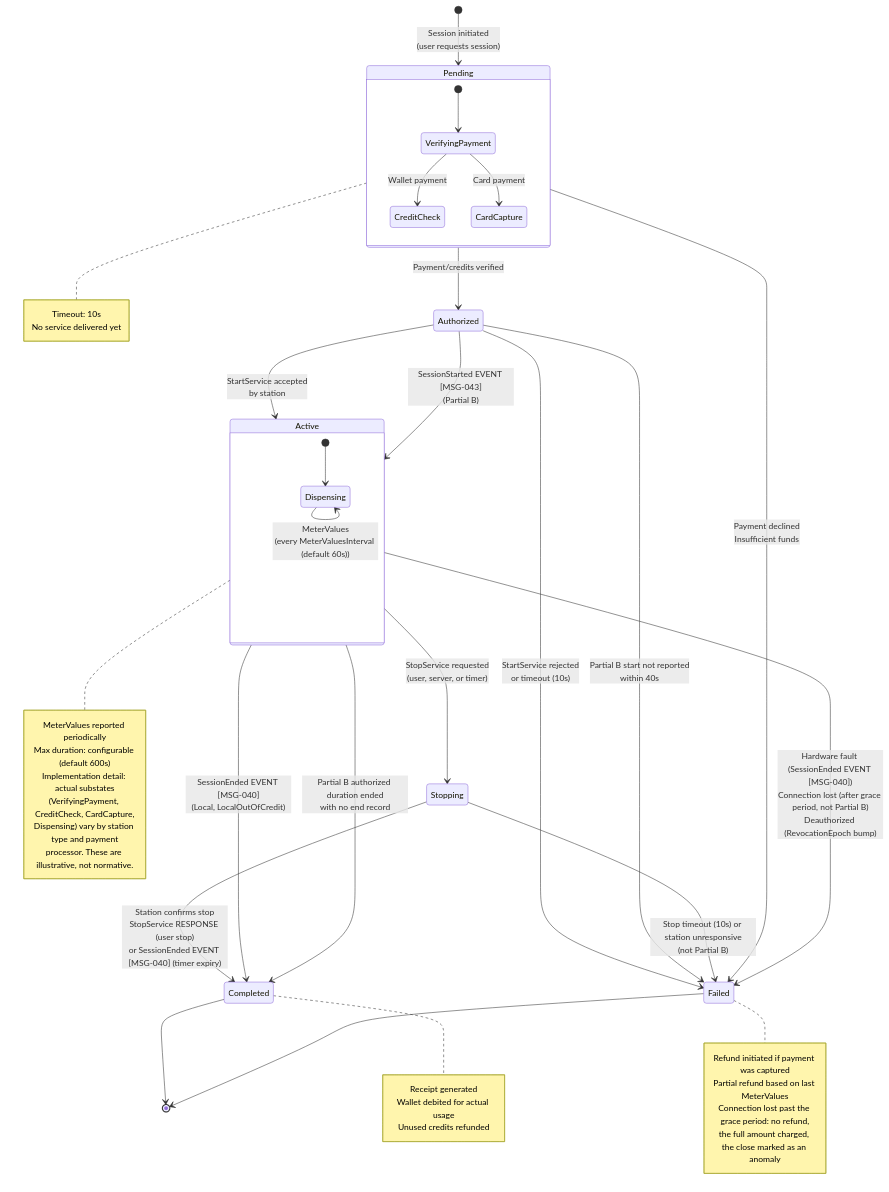
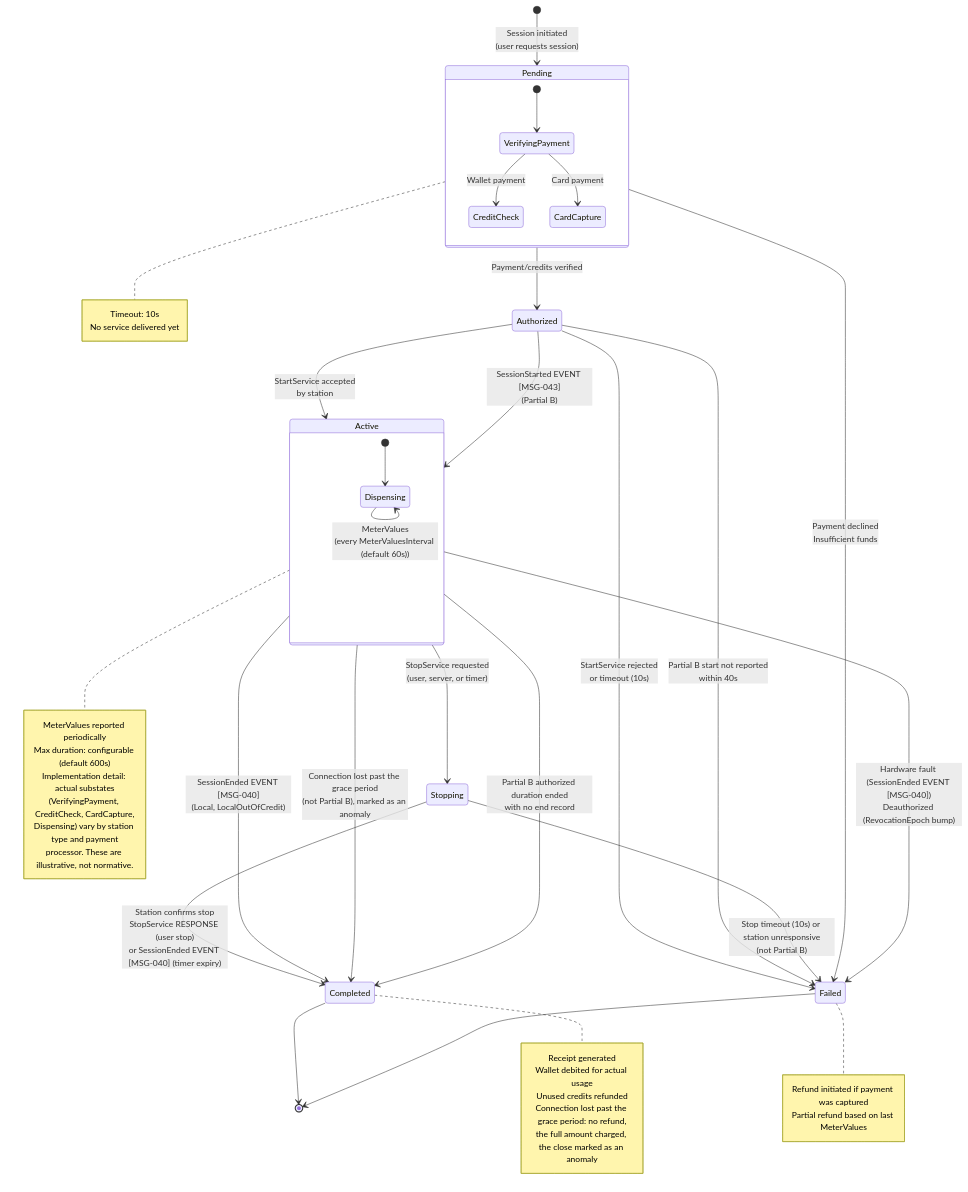
Before and after one commit to ospp-org/spec: the diagram in diagrams/state-machine-session.mmd, drawn with Mermaid. The commit also changed 4 other files, not shown here.

```diff
--- a/diagrams/state-machine-session.mmd
+++ b/diagrams/state-machine-session.mmd
@@ -1,62 +1,63 @@
 %% OSPP Session Lifecycle State Machine
 %% Reference: spec/05-state-machines.md, Section 3
 
 stateDiagram-v2
     [*] --> Pending : Session initiated<br/>(user requests session)
 
     Pending --> Authorized : Payment/credits verified
     Pending --> Failed : Payment declined<br/>Insufficient funds
 
     Authorized --> Active : StartService accepted<br/>by station
     Authorized --> Active : SessionStarted EVENT [MSG-043]<br/>(Partial B)
     Authorized --> Failed : StartService rejected<br/>or timeout (10s)
     Authorized --> Failed : Partial B start not reported<br/>within 40s
 
     Active --> Stopping : StopService requested<br/>(user, server, or timer)
     Active --> Completed : SessionEnded EVENT [MSG-040]<br/>(Local, LocalOutOfCredit)
-    Active --> Failed : Hardware fault (SessionEnded EVENT [MSG-040])<br/>Connection lost (after grace period, not Partial B)<br/>Deauthorized (RevocationEpoch bump)
+    Active --> Failed : Hardware fault (SessionEnded EVENT [MSG-040])<br/>Deauthorized (RevocationEpoch bump)
+    Active --> Completed : Connection lost past the grace period<br/>(not Partial B), marked as an anomaly
     Active --> Completed : Partial B authorized duration ended<br/>with no end record
 
     Stopping --> Completed : Station confirms stop<br/>StopService RESPONSE (user stop)<br/>or SessionEnded EVENT [MSG-040] (timer expiry)
     Stopping --> Failed : Stop timeout (10s) or station unresponsive<br/>(not Partial B)
 
     Completed --> [*]
     Failed --> [*]
 
     state Pending {
         [*] --> VerifyingPayment
         VerifyingPayment --> CreditCheck : Wallet payment
         VerifyingPayment --> CardCapture : Card payment
     }
 
     state Active {
         [*] --> Dispensing
         Dispensing --> Dispensing : MeterValues<br/>(every MeterValuesInterval (default 60s))
     }
 
     note right of Pending
         Timeout: 10s
         No service delivered yet
     end note
 
     note right of Active
         MeterValues reported periodically
         Max duration: configurable (default 600s)
         Implementation detail: actual substates
         (VerifyingPayment, CreditCheck, CardCapture,
         Dispensing) vary by station type and payment
         processor. These are illustrative, not normative.
     end note
 
     note right of Completed
         Receipt generated
         Wallet debited for actual usage
         Unused credits refunded
+        Connection lost past the grace period: no refund,
+        the full amount charged, the close marked as an anomaly
     end note
 
     note right of Failed
         Refund initiated if payment was captured
         Partial refund based on last MeterValues
-        Connection lost past the grace period: no refund,
-        the full amount charged, the close marked as an anomaly
     end note
```
